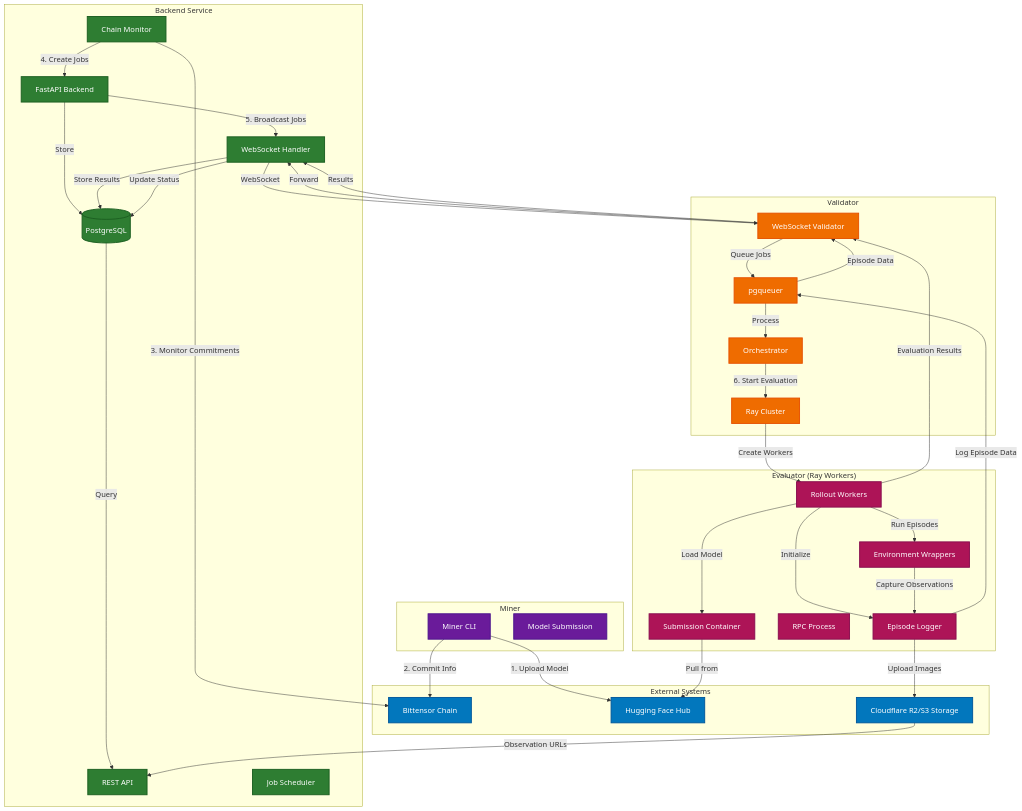
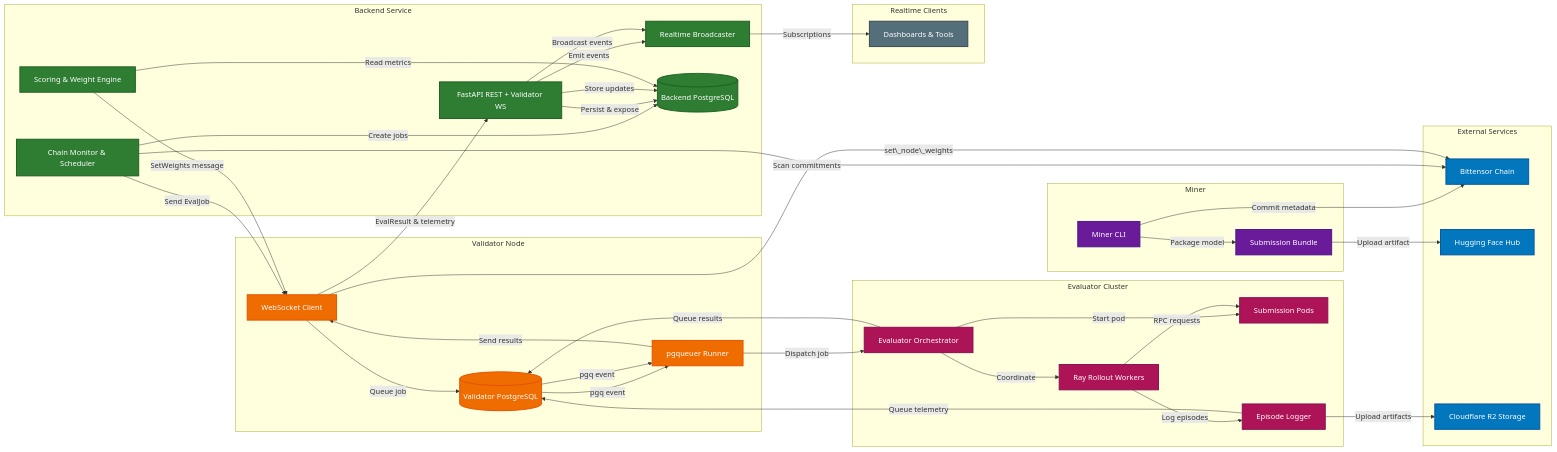
The diagram in docs/architecture/introduction.md (threetau/kinitro), drawn with Mermaid before and after one commit. The commit also changed other lines of this file and 7 other files, not shown here.

````diff
--- a/docs/architecture/introduction.md
+++ b/docs/architecture/introduction.md
@@ -17,95 +18,91 @@
 ```mermaid
-graph TB
-    %% External Systems
-    subgraph "External Systems"
-        BC[Bittensor Chain]
+graph LR
+    %% External Infrastructure
+    subgraph "External Services"
+        BT[Bittensor Chain]
         HF[Hugging Face Hub]
-        R2[Cloudflare R2/S3 Storage]
+        R2[Cloudflare R2 Storage]
     end
 
     %% Miner
-    subgraph "Miner"
+    subgraph Miner
         MC[Miner CLI]
-        MS[Model Submission]
+        SB[Submission Bundle]
     end
 
     %% Backend
     subgraph "Backend Service"
-        BE[FastAPI Backend]
-        DB[(PostgreSQL)]
-        WS[WebSocket Handler]
-        API[REST API]
-        CM[Chain Monitor]
-        JS[Job Scheduler]
+        CM[Chain Monitor & Scheduler]
+        API[FastAPI REST + Validator WS]
+        RT[Realtime Broadcaster]
+        SCORE[Scoring & Weight Engine]
+        BDB[(Backend PostgreSQL)]
     end
 
     %% Validator
-    subgraph "Validator"
-        WV[WebSocket Validator]
-        PQ[pgqueuer]
-        OR[Orchestrator]
-        RC[Ray Cluster]
+    subgraph "Validator Node"
+        WV[WebSocket Client]
+        VDB[(Validator PostgreSQL)]
+        PQ[pgqueuer Runner]
     end
 
     %% Evaluator
-    subgraph "Evaluator (Ray Workers)"
-        RW[Rollout Workers]
-        EL[Episode Logger]
-        ENV[Environment Wrappers]
-        RPC[RPC Process]
-        SC[Submission Container]
+    subgraph "Evaluator Cluster"
+        ORC[Evaluator Orchestrator]
+        POD[Submission Pods]
+        RAY[Ray Rollout Workers]
+        LOG[Episode Logger]
     end
 
-    %% Data Flow - Submission Process
-    MC -->|1. Upload Model| HF
-    MC -->|2. Commit Info| BC
-    
-    %% Data Flow - Competition & Job Creation
-    CM -->|3. Monitor Commitments| BC
-    CM -->|4. Create Jobs| BE
-    BE -->|Store| DB
-    
-    %% Data Flow - Job Distribution
-    BE -->|5. Broadcast Jobs| WS
-    WS -->|WebSocket| WV
-    WV -->|Queue Jobs| PQ
-    PQ -->|Process| OR
-    
-    %% Data Flow - Evaluation Execution
-    OR -->|6. Start Evaluation| RC
-    RC -->|Create Workers| RW
-    RW -->|Initialize| EL
-    RW -->|Load Model| SC
-    SC -->|Pull from| HF
-    
-    %% Data Flow - Episode Execution
-    RW -->|Run Episodes| ENV
-    ENV -->|Capture Observations| EL
-    EL -->|Upload Images| R2
-    EL -->|Log Episode Data| PQ
-    
-    %% Data Flow - Results & Status
-    PQ -->|Episode Data| WV
-    WV -->|Forward| WS
-    RW -->|Evaluation Results| WV
-    WV -->|Results| WS
-    WS -->|Store Results| DB
-    WS -->|Update Status| DB
-    
-    %% API Access
-    DB -->|Query| API
-    R2 -->|Observation URLs| API
+    %% Observers
+    subgraph "Realtime Clients"
+        DASH[Dashboards & Tools]
+    end
 
-    %% Styling
+    MC -->|Package model| SB
+    SB -->|Upload artifact| HF
+    MC -->|Commit metadata| BT
+
+    CM -->|Scan commitments| BT
+    CM -->|Create jobs| BDB
+    CM -->|Send EvalJob| WV
+    API -->|Persist & expose| BDB
+    API -->|Emit events| RT
+    RT -->|Subscriptions| DASH
+
+    WV -->|Queue job| VDB
+    VDB -->|pgq event| PQ
+    PQ -->|Dispatch job| ORC
+
+    ORC -->|Start pod| POD
+    ORC -->|Coordinate| RAY
+    RAY -->|RPC requests| POD
+    RAY -->|Log episodes| LOG
+    LOG -->|Upload artifacts| R2
+    LOG -->|Queue telemetry| VDB
+    ORC -->|Queue results| VDB
+
+    VDB -->|pgq event| PQ
+    PQ -->|Send results| WV
+    WV -->|EvalResult & telemetry| API
+    API -->|Store updates| BDB
+    API -->|Broadcast events| RT
+
+    SCORE -->|Read metrics| BDB
+    SCORE -->|SetWeights message| WV
+    WV -->|set\_node\_weights| BT
+
     classDef external fill:#0277bd,color:#fff,stroke:#01579b,stroke-width:2px
     classDef miner fill:#6a1b9a,color:#fff,stroke:#4a148c,stroke-width:2px
     classDef backend fill:#2e7d32,color:#fff,stroke:#1b5e20,stroke-width:2px
     classDef validator fill:#ef6c00,color:#fff,stroke:#e65100,stroke-width:2px
     classDef evaluator fill:#ad1457,color:#fff,stroke:#880e4f,stroke-width:2px
-    
-    class BC,HF,R2 external
-    class MC,MS miner
-    class BE,DB,WS,API,CM,JS backend
-    class WV,PQ,OR,RC validator
-    class RW,EL,ENV,RPC,SC evaluator
+    classDef clients fill:#546e7a,color:#fff,stroke:#37474f,stroke-width:2px
+
+    class BT,HF,R2 external
+    class MC,SB miner
+    class CM,API,RT,SCORE,BDB backend
+    class WV,VDB,PQ validator
+    class ORC,POD,RAY,LOG evaluator
+    class DASH clients
 ```
````
